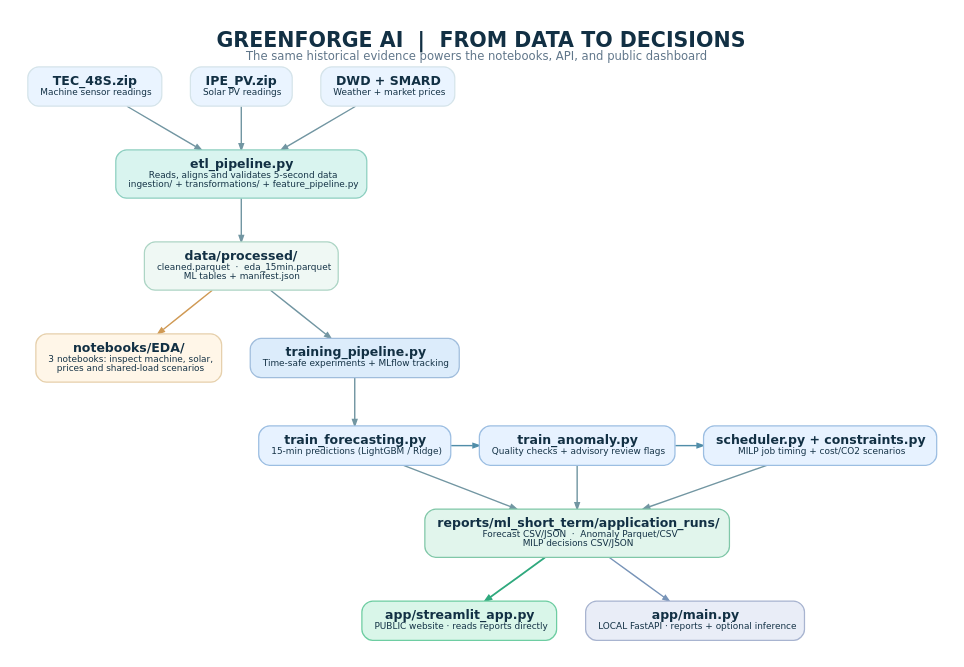
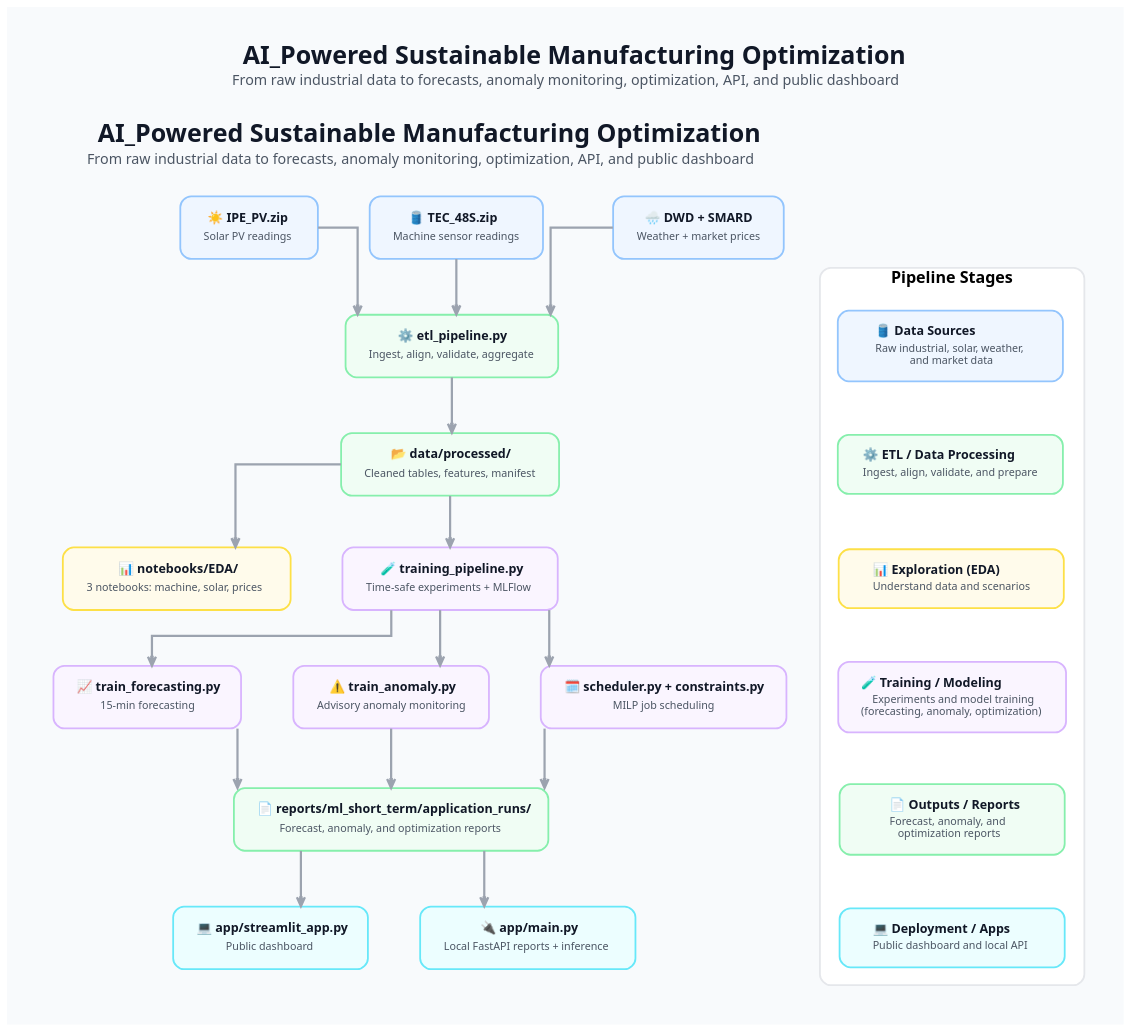
Before and after one commit to reza-mansouri1998/GreenForge-AI: the diagram in docs/architecture.dot, drawn with Graphviz. The commit also changed 1 other file, not shown here.

Commit message:
docs: add professional project README and architecture diagram

```diff
--- a/docs/architecture.dot
+++ b/docs/architecture.dot
@@ -1,40 +1,129 @@
-digraph GreenForge {
-  graph [rankdir=TB, bgcolor="#ffffff", pad="0.32", nodesep="0.44", ranksep="0.68", splines=polyline, outputorder=edgesfirst, fontname="DejaVu Sans", label=<<FONT COLOR="#123044" POINT-SIZE="23"><B>GREENFORGE AI  |  FROM DATA TO DECISIONS</B></FONT><BR/><FONT COLOR="#60768a" POINT-SIZE="13">The same historical evidence powers the notebooks, API, and public dashboard</FONT>>, labelloc=t];
-  node [shape=box, style="rounded,filled", color="#d5e4ea", penwidth="1.4", fillcolor="#f6fafc", fontcolor="#123044", fontname="DejaVu Sans", margin="0.20,0.14"];
-  edge [color="#7296a2", arrowsize=0.7, penwidth=1.6];
+digraph architecture {
+    // Global Diagram Settings
+    graph [
+        bgcolor="#F8FAFC",
+        fontname="system-ui, -apple-system, sans-serif",
+        nodesep=0.8,
+        ranksep=0.8,
+        splines=ortho,
+        rankdir=TB,
+        pad="0.5"
+    ];
 
-  m [label=<<B>TEC_48S.zip</B><BR/><FONT POINT-SIZE="10">Machine sensor readings</FONT>>, fillcolor="#eaf4ff"];
-  p [label=<<B>IPE_PV.zip</B><BR/><FONT POINT-SIZE="10">Solar PV readings</FONT>>, fillcolor="#eaf4ff"];
-  ext [label=<<B>DWD + SMARD</B><BR/><FONT POINT-SIZE="10">Weather + market prices</FONT>>, fillcolor="#eaf4ff"];
-  {rank=same; m;p;ext}
-  m->p [style=invis]; p->ext [style=invis];
+    // Global Title
+    labelloc="t";
+    label=<
+        <table border="0" cellborder="0" cellpadding="0">
+            <tr><td align="center"><font point-size="28" color="#111827"><b>AI_Powered Sustainable Manufacturing Optimization</b></font></td></tr>
+            <tr><td align="center"><font point-size="16" color="#4B5563">From raw industrial data to forecasts, anomaly monitoring, optimization, API, and public dashboard</font></td></tr>
+            <tr><td> </td></tr>
+        </table>
+    >;
 
-  etl [label=<<B>etl_pipeline.py</B><BR/><FONT POINT-SIZE="10">Reads, aligns and validates 5-second data</FONT><BR/><FONT POINT-SIZE="10">ingestion/ + transformations/ + feature_pipeline.py</FONT>>, fillcolor="#d9f4ef", color="#8dcfc0"];
-  m->etl; p->etl; ext->etl;
-  processed [label=<<B>data/processed/</B><BR/><FONT POINT-SIZE="10">cleaned.parquet  ·  eda_15min.parquet</FONT><BR/><FONT POINT-SIZE="10">ML tables + manifest.json</FONT>>, fillcolor="#eff8f4", color="#add5c5"];
-  etl->processed;
+    // Global Node and Edge Settings
+    node [
+        fontname="system-ui, -apple-system, sans-serif",
+        shape=box,
+        style="filled,rounded",
+        penwidth=2,
+        margin="0.3,0.2"
+    ];
+    edge [
+        color="#9CA3AF",
+        penwidth=2.5,
+        arrowhead="vee"
+    ];
 
-  eda [label=<<B>notebooks/EDA/</B><BR/><FONT POINT-SIZE="10">3 notebooks: inspect machine, solar,</FONT><BR/><FONT POINT-SIZE="10">prices and shared-load scenarios</FONT>>, fillcolor="#fff6e8", color="#e6d0ac"];
-  orchestrator [label=<<B>training_pipeline.py</B><BR/><FONT POINT-SIZE="10">Time-safe experiments + MLflow tracking</FONT>>, fillcolor="#dcecfb", color="#a0bddc"];
-  {rank=same; eda; orchestrator}
-  eda->orchestrator [style=invis];
-  processed -> eda [color="#d09a55"];
-  processed -> orchestrator;
+    // ==========================================
+    // MAIN FLOWCHART PIPELINE
+    // ==========================================
+    subgraph cluster_pipeline {
+        border=0;
+        style=invis; // Keeps it grouped without a visible border
 
-  forecasting [label=<<B>train_forecasting.py</B><BR/><FONT POINT-SIZE="10">15-min predictions (LightGBM / Ridge)</FONT>>, fillcolor="#e7f2ff", color="#9cbee2"];
-  anomaly [label=<<B>train_anomaly.py</B><BR/><FONT POINT-SIZE="10">Quality checks + advisory review flags</FONT>>, fillcolor="#e7f2ff", color="#9cbee2"];
-  milp [label=<<B>scheduler.py + constraints.py</B><BR/><FONT POINT-SIZE="10">MILP job timing + cost/CO2 scenarios</FONT>>, fillcolor="#e7f2ff", color="#9cbee2"];
-  {rank=same; forecasting; anomaly; milp}
-  forecasting->anomaly [color="#508da9"];
-  anomaly->milp [color="#508da9"];
-  orchestrator->forecasting;
+        // 1. Data Sources (Blue)
+        node [fillcolor="#EFF6FF", color="#93C5FD"];
+        TEC [label=<<table border="0" cellborder="0" cellpadding="2"><tr><td align="center"><font point-size="14" color="#111827"><b>🛢️ TEC_48S.zip</b></font></td></tr><tr><td align="center"><font point-size="12" color="#4B5563">Machine sensor readings</font></td></tr></table>>];
+        IPE [label=<<table border="0" cellborder="0" cellpadding="2"><tr><td align="center"><font point-size="14" color="#111827"><b>☀️ IPE_PV.zip</b></font></td></tr><tr><td align="center"><font point-size="12" color="#4B5563">Solar PV readings</font></td></tr></table>>];
+        DWD [label=<<table border="0" cellborder="0" cellpadding="2"><tr><td align="center"><font point-size="14" color="#111827"><b>🌧️ DWD + SMARD</b></font></td></tr><tr><td align="center"><font point-size="12" color="#4B5563">Weather + market prices</font></td></tr></table>>];
 
-  report [label=<<B>reports/ml_short_term/application_runs/</B><BR/><FONT POINT-SIZE="10">Forecast CSV/JSON  ·  Anomaly Parquet/CSV</FONT><BR/><FONT POINT-SIZE="10">MILP decisions CSV/JSON</FONT>>, fillcolor="#e1f5ec", color="#80c7a8"];
-  forecasting->report; anomaly->report; milp->report;
+        // 2. ETL (Green)
+        node [fillcolor="#F0FDF4", color="#86EFAC"];
+        ETL [label=<<table border="0" cellborder="0" cellpadding="2"><tr><td align="center"><font point-size="14" color="#111827"><b>⚙️ etl_pipeline.py</b></font></td></tr><tr><td align="center"><font point-size="12" color="#4B5563">Ingest, align, validate, aggregate</font></td></tr></table>>];
+        
+        // 3. Processed Data (Green)
+        PROCESSED [label=<<table border="0" cellborder="0" cellpadding="2"><tr><td align="center"><font point-size="14" color="#111827"><b>📂 data/processed/</b></font></td></tr><tr><td align="center"><font point-size="12" color="#4B5563">Cleaned tables, features, manifest</font></td></tr></table>>];
 
-  online [label=<<B>app/streamlit_app.py</B><BR/><FONT POINT-SIZE="10">PUBLIC website · reads reports directly</FONT>>, fillcolor="#d9f6e9", color="#6ecda2"];
-  api [label=<<B>app/main.py</B><BR/><FONT POINT-SIZE="10">LOCAL FastAPI · reports + optional inference</FONT>>, fillcolor="#e9edf7", color="#a8b4d0"];
-  {rank=same; online; api}
-  report -> online [color="#30a97e", penwidth=2.0];
-  report -> api [color="#7894b8"];
+        // 4. EDA (Orange) & Training Pipeline (Purple)
+        node [fillcolor="#FFFBEB", color="#FDE047"];
+        EDA [label=<<table border="0" cellborder="0" cellpadding="2"><tr><td align="center"><font point-size="14" color="#111827"><b>📊 notebooks/EDA/</b></font></td></tr><tr><td align="center"><font point-size="12" color="#4B5563">3 notebooks: machine, solar, prices</font></td></tr></table>>];
+        
+        node [fillcolor="#FAF5FF", color="#D8B4FE"];
+        TRAINING_BASE [label=<<table border="0" cellborder="0" cellpadding="2"><tr><td align="center"><font point-size="14" color="#111827"><b>🧪 training_pipeline.py</b></font></td></tr><tr><td align="center"><font point-size="12" color="#4B5563">Time-safe experiments + MLFlow</font></td></tr></table>>];
+
+        // 5. Training Modules (Purple)
+        FORECAST [label=<<table border="0" cellborder="0" cellpadding="2"><tr><td align="center"><font point-size="14" color="#111827"><b>📈 train_forecasting.py</b></font></td></tr><tr><td align="center"><font point-size="12" color="#4B5563">15-min forecasting</font></td></tr></table>>];
+        ANOMALY [label=<<table border="0" cellborder="0" cellpadding="2"><tr><td align="center"><font point-size="14" color="#111827"><b>⚠️ train_anomaly.py</b></font></td></tr><tr><td align="center"><font point-size="12" color="#4B5563">Advisory anomaly monitoring</font></td></tr></table>>];
+        SCHEDULER [label=<<table border="0" cellborder="0" cellpadding="2"><tr><td align="center"><font point-size="14" color="#111827"><b>🗓️ scheduler.py + constraints.py</b></font></td></tr><tr><td align="center"><font point-size="12" color="#4B5563">MILP job scheduling</font></td></tr></table>>];
+
+        // 6. Reports Output (Green)
+        node [fillcolor="#F0FDF4", color="#86EFAC"];
+        REPORTS [label=<<table border="0" cellborder="0" cellpadding="2"><tr><td align="center"><font point-size="14" color="#111827"><b>📄 reports/ml_short_term/application_runs/</b></font></td></tr><tr><td align="center"><font point-size="12" color="#4B5563">Forecast, anomaly, and optimization reports</font></td></tr></table>>];
+
+        // 7. Apps & Deployments (Teal)
+        node [fillcolor="#ECFEFF", color="#67E8F9"];
+        STREAMLIT [label=<<table border="0" cellborder="0" cellpadding="2"><tr><td align="center"><font point-size="14" color="#111827"><b>💻 app/streamlit_app.py</b></font></td></tr><tr><td align="center"><font point-size="12" color="#4B5563">Public dashboard</font></td></tr></table>>];
+        FASTAPI [label=<<table border="0" cellborder="0" cellpadding="2"><tr><td align="center"><font point-size="14" color="#111827"><b>🔌 app/main.py</b></font></td></tr><tr><td align="center"><font point-size="12" color="#4B5563">Local FastAPI reports + inference</font></td></tr></table>>];
+
+        // Alignments (Forces nodes to be on the same horizontal level)
+        { rank=same; TEC; IPE; DWD; }
+        { rank=same; EDA; TRAINING_BASE; }
+        { rank=same; FORECAST; ANOMALY; SCHEDULER; }
+        { rank=same; STREAMLIT; FASTAPI; }
+
+        // Connecting Edges
+        TEC -> ETL;
+        IPE -> ETL;
+        DWD -> ETL;
+        ETL -> PROCESSED;
+        PROCESSED -> EDA;
+        PROCESSED -> TRAINING_BASE;
+        TRAINING_BASE -> FORECAST;
+        TRAINING_BASE -> ANOMALY;
+        TRAINING_BASE -> SCHEDULER;
+        FORECAST -> REPORTS;
+        ANOMALY -> REPORTS;
+        SCHEDULER -> REPORTS;
+        REPORTS -> STREAMLIT;
+        REPORTS -> FASTAPI;
+    }
+
+    // ==========================================
+    // SIDEBAR LEGEND
+    // ==========================================
+    subgraph cluster_legend {
+        label=<<b>Pipeline Stages</b>>;
+        fontsize=18;
+        color="#E5E7EB";
+        penwidth=2;
+        bgcolor="#FFFFFF";
+        style="rounded";
+        margin=20;
+
+        node [shape=box, style="filled,rounded", penwidth=2, width=3.5, margin="0.3,0.2"];
+        
+        LEGEND_1 [fillcolor="#EFF6FF", color="#93C5FD", label=<<table border="0" cellborder="0" cellpadding="1"><tr><td align="left"><font point-size="14" color="#111827"><b>🛢️ Data Sources</b></font></td></tr><tr><td align="left"><font point-size="12" color="#4B5563">Raw industrial, solar, weather,<br/>and market data</font></td></tr></table>>];
+        LEGEND_2 [fillcolor="#F0FDF4", color="#86EFAC", label=<<table border="0" cellborder="0" cellpadding="1"><tr><td align="left"><font point-size="14" color="#111827"><b>⚙️ ETL / Data Processing</b></font></td></tr><tr><td align="left"><font point-size="12" color="#4B5563">Ingest, align, validate, and prepare</font></td></tr></table>>];
+        LEGEND_3 [fillcolor="#FFFBEB", color="#FDE047", label=<<table border="0" cellborder="0" cellpadding="1"><tr><td align="left"><font point-size="14" color="#111827"><b>📊 Exploration (EDA)</b></font></td></tr><tr><td align="left"><font point-size="12" color="#4B5563">Understand data and scenarios</font></td></tr></table>>];
+        LEGEND_4 [fillcolor="#FAF5FF", color="#D8B4FE", label=<<table border="0" cellborder="0" cellpadding="1"><tr><td align="left"><font point-size="14" color="#111827"><b>🧪 Training / Modeling</b></font></td></tr><tr><td align="left"><font point-size="12" color="#4B5563">Experiments and model training<br/>(forecasting, anomaly, optimization)</font></td></tr></table>>];
+        LEGEND_5 [fillcolor="#F0FDF4", color="#86EFAC", label=<<table border="0" cellborder="0" cellpadding="1"><tr><td align="left"><font point-size="14" color="#111827"><b>📄 Outputs / Reports</b></font></td></tr><tr><td align="left"><font point-size="12" color="#4B5563">Forecast, anomaly, and<br/>optimization reports</font></td></tr></table>>];
+        LEGEND_6 [fillcolor="#ECFEFF", color="#67E8F9", label=<<table border="0" cellborder="0" cellpadding="1"><tr><td align="left"><font point-size="14" color="#111827"><b>💻 Deployment / Apps</b></font></td></tr><tr><td align="left"><font point-size="12" color="#4B5563">Public dashboard and local API</font></td></tr></table>>];
+
+        // Invisible connections to keep the legend neatly stacked
+        edge [style=invis];
+        LEGEND_1 -> LEGEND_2 -> LEGEND_3 -> LEGEND_4 -> LEGEND_5 -> LEGEND_6;
+    }
+
+    // Invisible positioning hack to ensure the legend sits on the right side of the main flow
+    DWD -> LEGEND_1 [style=invis, minlen=1.5];
 }
```
